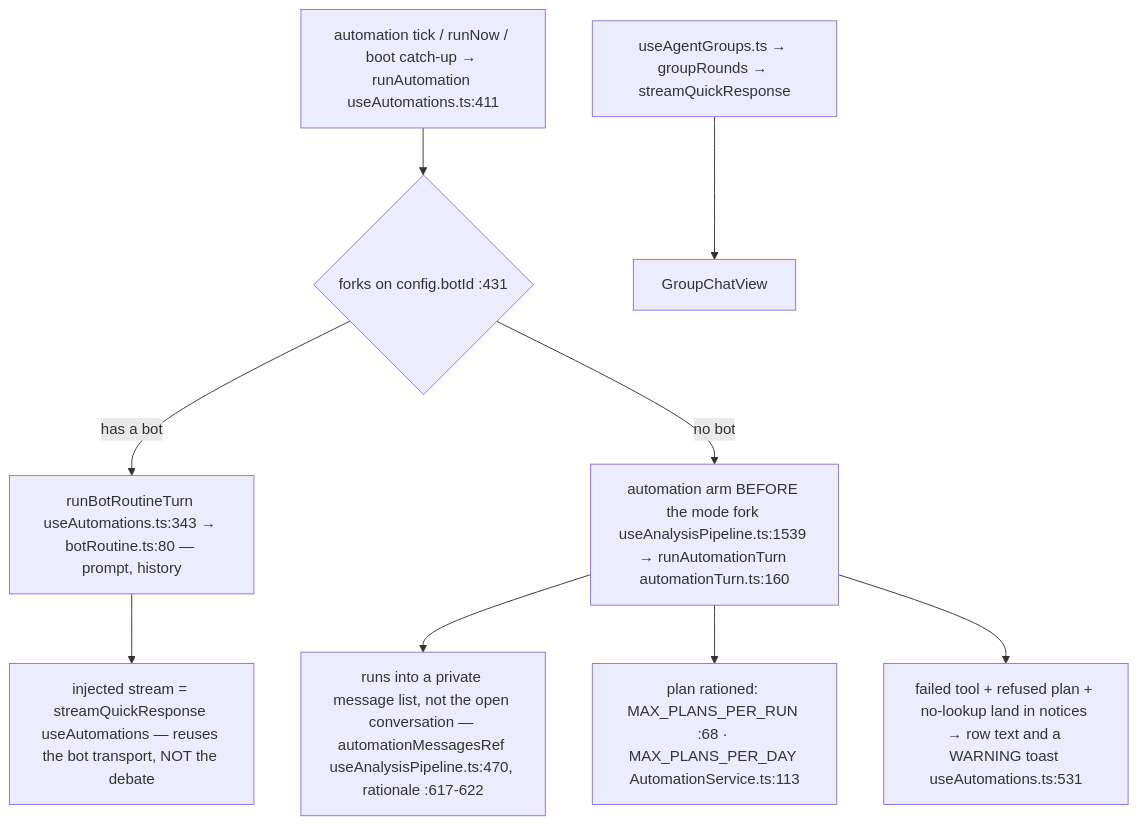
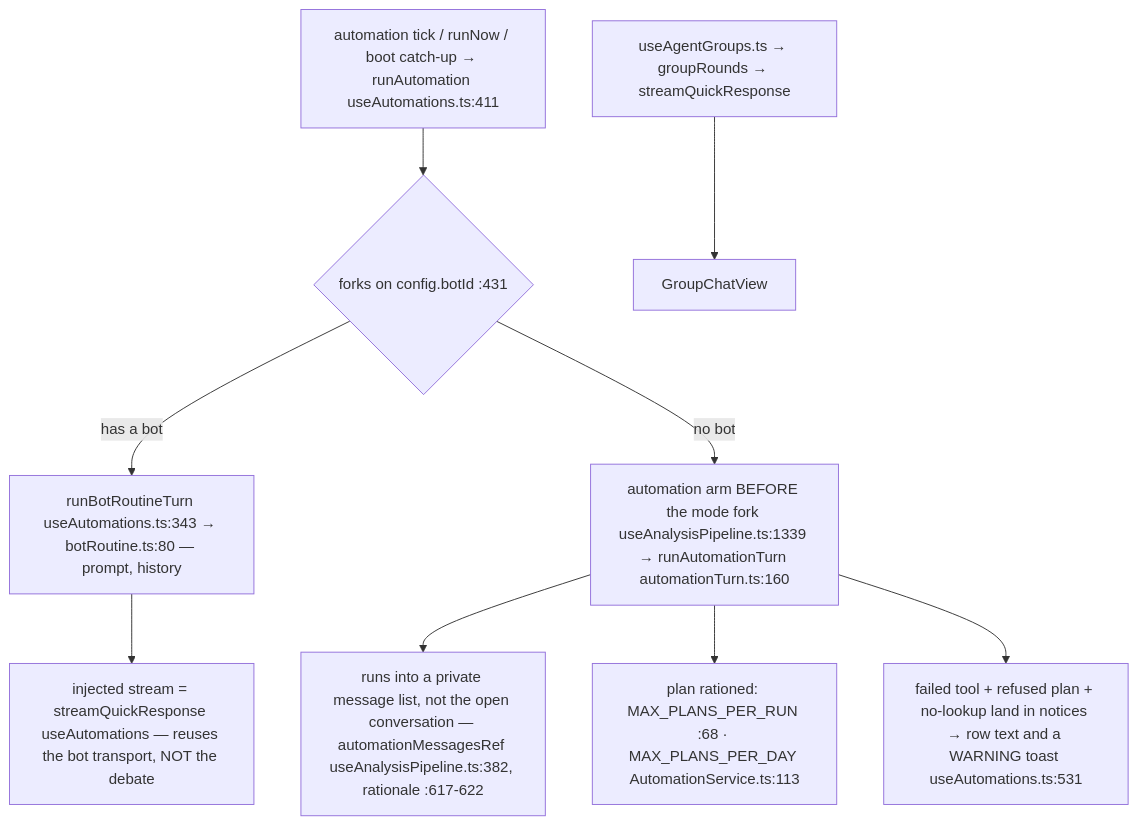
One commit to Acepay25/august-3.5 changed the fifth of 7 diagrams in docs/app-flow.md. Above: the diagram before and after it, drawn with Mermaid. The commit also changed other lines of this file and 5 other files, not shown here.

````diff
--- a/docs/app-flow.md
+++ b/docs/app-flow.md
@@ -231,11 +244,11 @@
 ```mermaid
 flowchart TD
     TK["automation tick / runNow / boot catch-up → runAutomation useAutomations.ts:411"] --> D{"forks on config.botId :431"}
     D -->|has a bot| BR["runBotRoutineTurn useAutomations.ts:343 → botRoutine.ts:80 — prompt, history"]
     BR --> ST["injected stream = streamQuickResponse useAutomations — reuses the bot transport, NOT the debate"]
-    D -->|no bot| AT["automation arm BEFORE the mode fork useAnalysisPipeline.ts:1539 → runAutomationTurn automationTurn.ts:160"]
-    AT --> PRIV["runs into a private message list, not the open conversation — automationMessagesRef useAnalysisPipeline.ts:470, rationale :617-622"]
+    D -->|no bot| AT["automation arm BEFORE the mode fork useAnalysisPipeline.ts:1339 → runAutomationTurn automationTurn.ts:160"]
+    AT --> PRIV["runs into a private message list, not the open conversation — automationMessagesRef useAnalysisPipeline.ts:382, rationale :617-622"]
     AT --> CAP["plan rationed: MAX_PLANS_PER_RUN :68 · MAX_PLANS_PER_DAY AutomationService.ts:113"]
     AT --> FAIL["failed tool + refused plan + no-lookup land in notices → row text and a WARNING toast useAutomations.ts:531"]
     GR["useAgentGroups.ts → groupRounds → streamQuickResponse"] --> GV["GroupChatView"]
 ```
````
